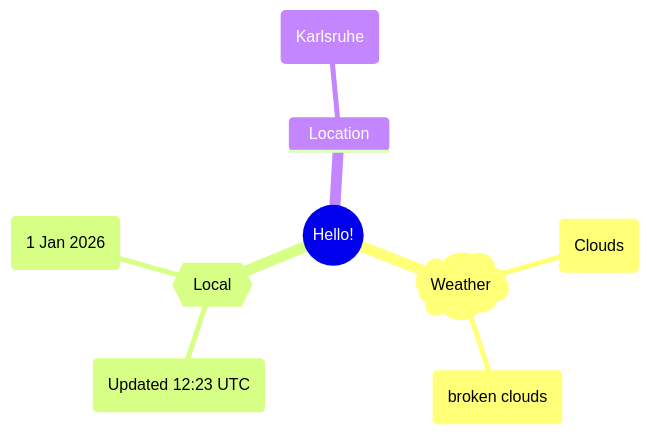
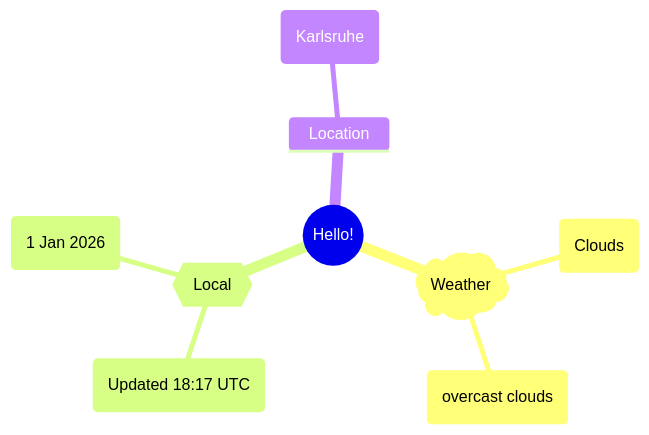
Before and after one commit to Xosrov/Xosrov: the first of 2 diagrams in README.md, drawn with Mermaid.

Commit message:
[bot] updated images

````diff
--- a/README.md
+++ b/README.md
@@ -3,12 +3,12 @@
 ```mermaid
 mindmap
   root((Hello!))
     )Weather(
         (Clouds)
-        (broken clouds)
+        (overcast clouds)
     {{Local}}
-        (Updated 12:23 UTC)
+        (Updated 18:17 UTC)
         (1 Jan 2026)
     Location
         (Karlsruhe)
 ```
````
